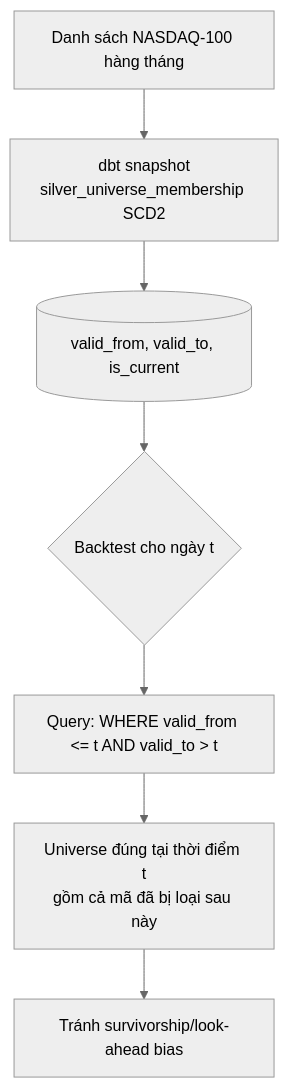
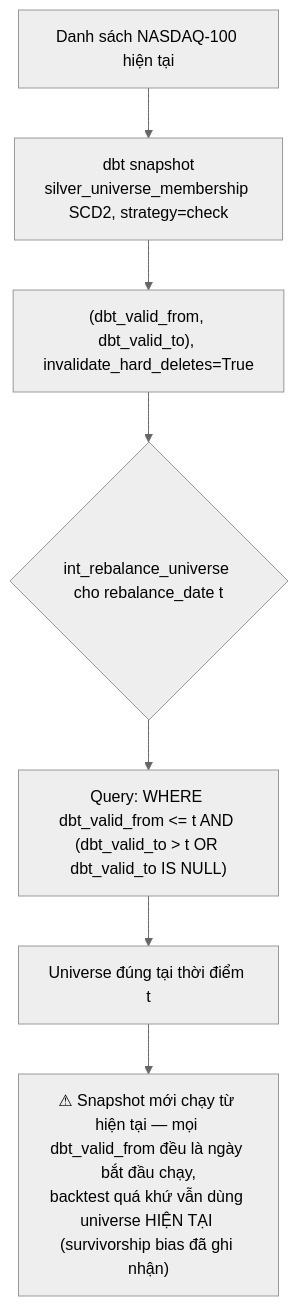
The fourth of 6 diagrams in data-flow.md (PhucTruong11/NASDAQ100-Quantamental), drawn with Mermaid (neutral theme) before and after one commit. The commit also changed other lines of this file and 2 other files, not shown here.

Commit message:
Them intermediate rebalance_universe for model

````diff
--- a/data-flow.md
+++ b/data-flow.md
@@ -180,9 +194,9 @@
 ```mermaid
 graph TD
-    A[Danh sách NASDAQ-100 hàng tháng] --> B[dbt snapshot<br/>silver_universe_membership SCD2]
-    B --> C[(valid_from, valid_to, is_current)]
-    C --> D{Backtest cho ngày t}
-    D --> E["Query: WHERE valid_from <= t AND valid_to > t"]
-    E --> F[Universe đúng tại thời điểm t<br/>gồm cả mã đã bị loại sau này]
-    F --> G[Tránh survivorship/look-ahead bias]
+    A[Danh sách NASDAQ-100 hiện tại] --> B[dbt snapshot<br/>silver_universe_membership SCD2, strategy=check]
+    B --> C["(dbt_valid_from, dbt_valid_to), invalidate_hard_deletes=True"]
+    C --> D{int_rebalance_universe cho rebalance_date t}
+    D --> E["Query: WHERE dbt_valid_from <= t AND (dbt_valid_to > t OR dbt_valid_to IS NULL)"]
+    E --> F[Universe đúng tại thời điểm t]
+    F --> G["⚠ Snapshot mới chạy từ hiện tại — mọi dbt_valid_from đều là ngày bắt đầu chạy,<br/>backtest quá khứ vẫn dùng universe HIỆN TẠI (survivorship bias đã ghi nhận)"]
 ```
````
